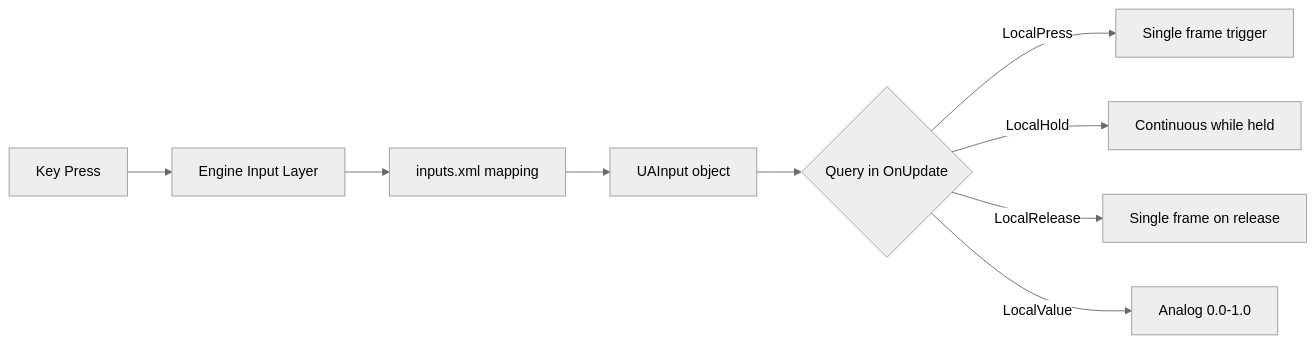
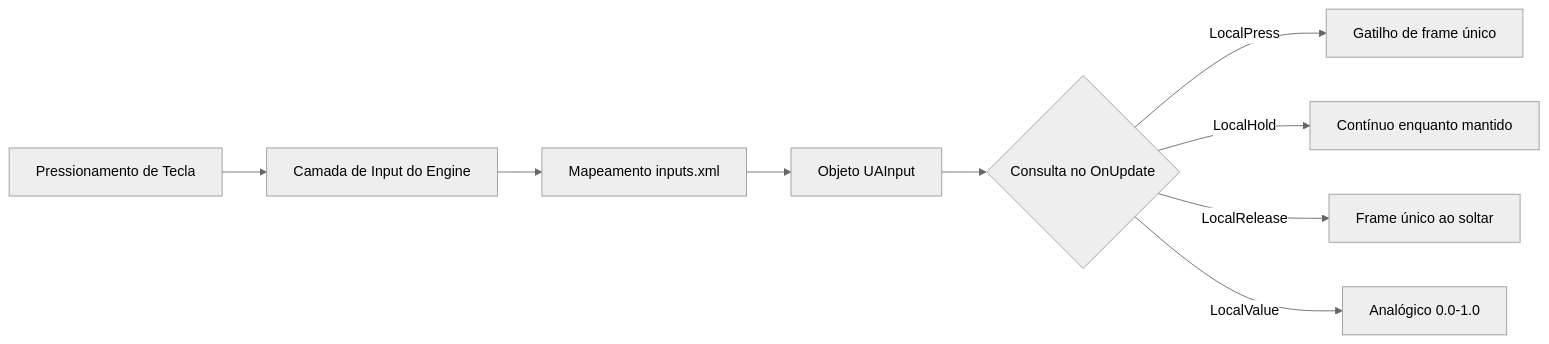
Before and after one commit to StarDZ-Team/DayZ-Modding-Wiki: the diagram in pt/06-engine-api/13-input-system.md, drawn with Mermaid (neutral theme). The commit also changed other lines of this file and 9 other files, not shown here.

````diff
--- a/pt/06-engine-api/13-input-system.md
+++ b/pt/06-engine-api/13-input-system.md
@@ -425,11 +425,11 @@
 ```mermaid
 flowchart LR
-    A[Key Press] --> B[Engine Input Layer]
-    B --> C[inputs.xml mapping]
-    C --> D[UAInput object]
-    D --> E{Query in OnUpdate}
-    E -->|LocalPress| F[Single frame trigger]
-    E -->|LocalHold| G[Continuous while held]
-    E -->|LocalRelease| H[Single frame on release]
-    E -->|LocalValue| I[Analog 0.0-1.0]
+    A[Pressionamento de Tecla] --> B[Camada de Input do Engine]
+    B --> C[Mapeamento inputs.xml]
+    C --> D[Objeto UAInput]
+    D --> E{Consulta no OnUpdate}
+    E -->|LocalPress| F[Gatilho de frame único]
+    E -->|LocalHold| G[Contínuo enquanto mantido]
+    E -->|LocalRelease| H[Frame único ao soltar]
+    E -->|LocalValue| I[Analógico 0.0-1.0]
 ```
````
